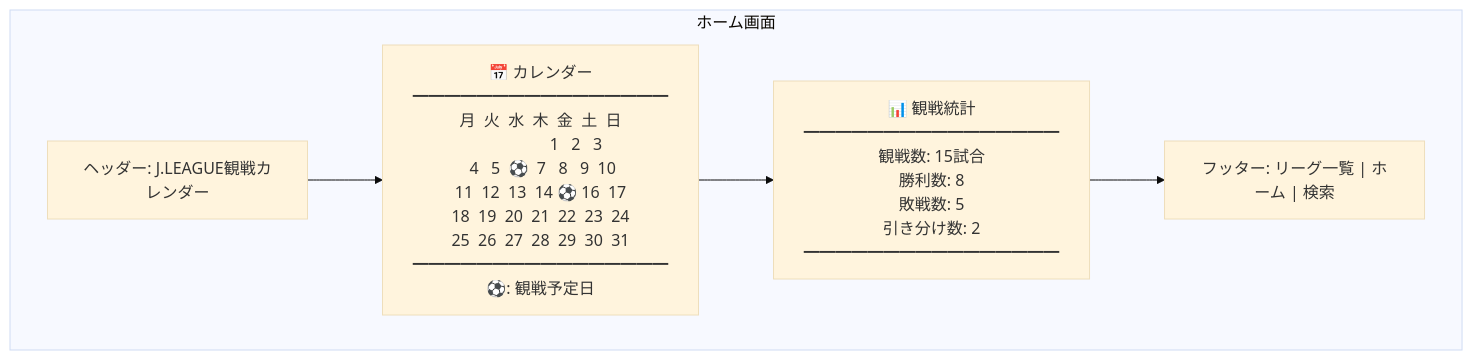
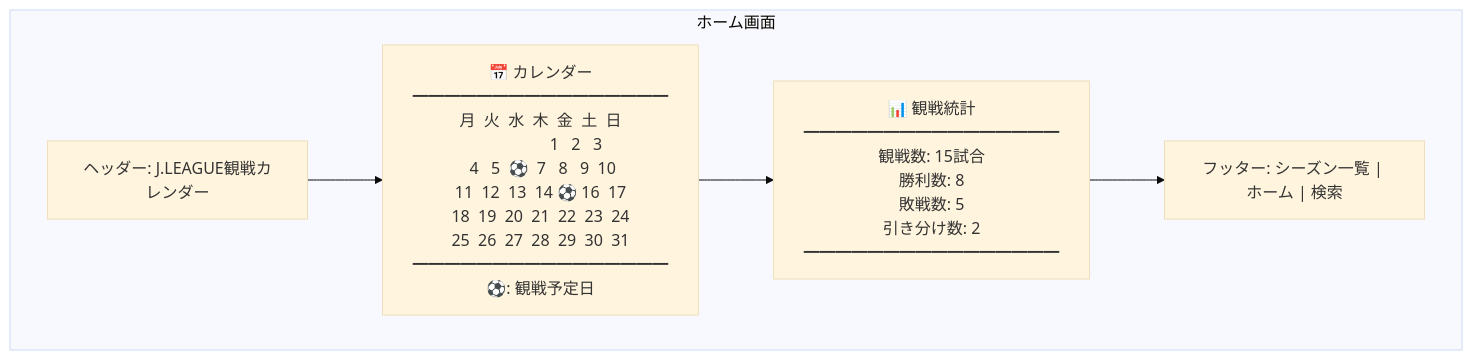
Before and after one commit to sion1073/jleague_watching_calendar: the third of 9 diagrams in docs/SCREEN_DESIGN.md, drawn with Mermaid (base theme). The commit also changed other lines of this file and 9 other files, not shown here.

````diff
--- a/docs/SCREEN_DESIGN.md
+++ b/docs/SCREEN_DESIGN.md
@@ -72,16 +72,16 @@
 ```mermaid
 graph TB
     subgraph "ホーム画面"
         Header1["ヘッダー: J.LEAGUE観戦カレンダー"]
 
         Calendar["📅 カレンダー<br/>━━━━━━━━━━━━━━━━<br/>月  火  水  木  金  土  日<br/>                 1   2   3<br/> 4   5  ⚽  7   8   9  10<br/>11  12  13  14 ⚽ 16  17<br/>18  19  20  21  22  23  24<br/>25  26  27  28  29  30  31<br/>━━━━━━━━━━━━━━━━<br/>⚽: 観戦予定日"]
 
         Stats["📊 観戦統計<br/>━━━━━━━━━━━━━━━━<br/>観戦数: 15試合<br/>勝利数: 8<br/>敗戦数: 5<br/>引き分け数: 2<br/>━━━━━━━━━━━━━━━━"]
 
-        Footer1["フッター: リーグ一覧 | ホーム | 検索"]
+        Footer1["フッター: シーズン一覧 | ホーム | 検索"]
     end
 
     Header1 --> Calendar
     Calendar --> Stats
     Stats --> Footer1
 ```
````
